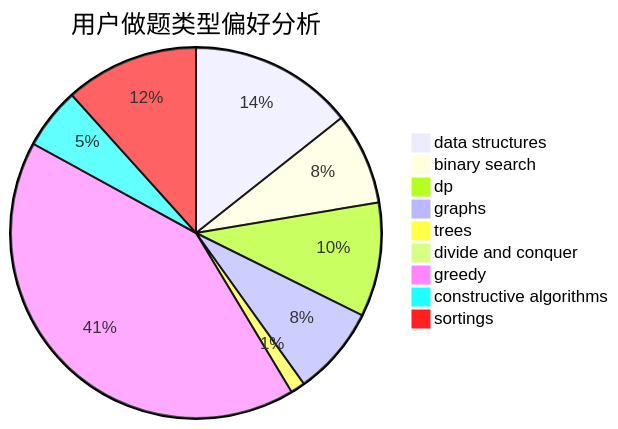
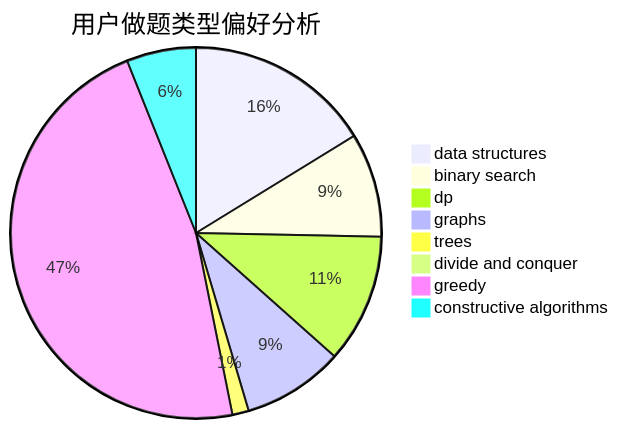
Before and after one commit to sherpahu/cfrs.github.io: the second of 3 diagrams in docs/user/u783.md, drawn with Mermaid. The commit also changed other lines of this file and 2769 other files, not shown here.

````diff
--- a/docs/user/u783.md
+++ b/docs/user/u783.md
@@ -18,12 +18,11 @@
 ```mermaid
 pie title 用户做题类型偏好分析
     "data structures" :  193
     "binary search" :  108
     "dp" :  134
     "graphs" :  105
     "trees" :  17
     "divide and conquer" :  9
     "greedy" :  560
     "constructive algorithms" :  72
-    "sortings" :  157
 ```
````
